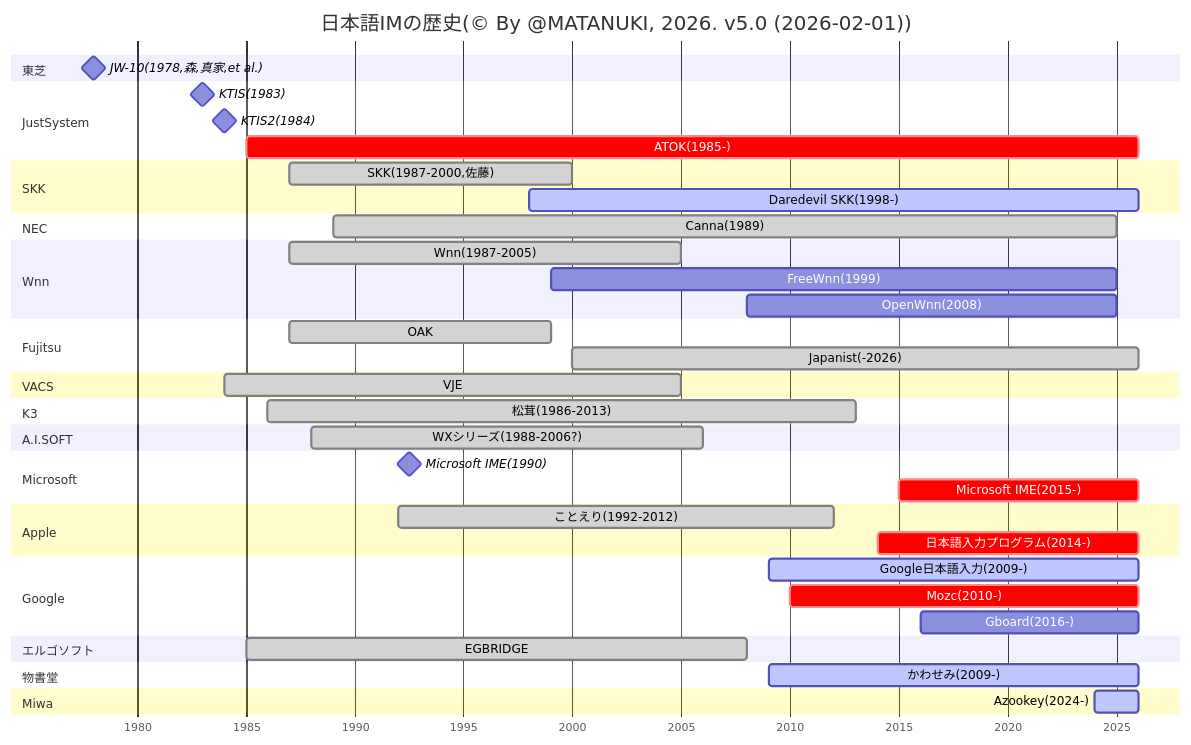
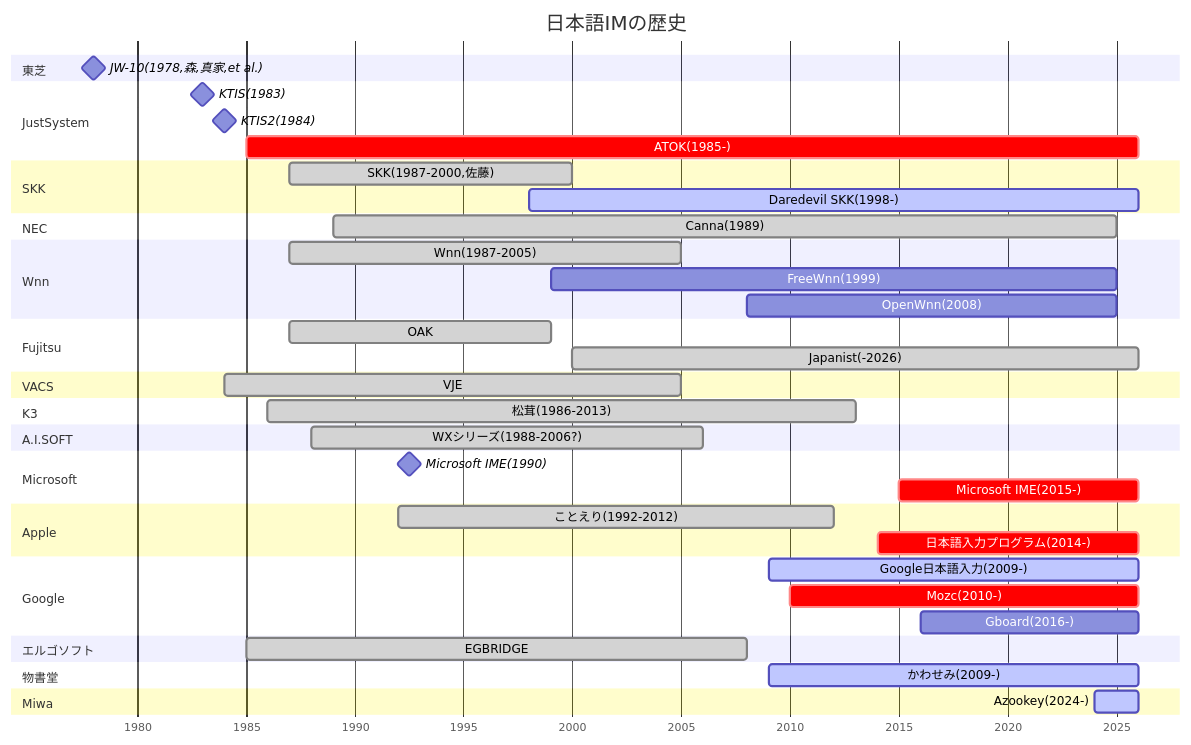
The diagram in v4.mmd (TanukiMa/history_of_Japanese_input_method), drawn with Mermaid before and after one commit.

Commit message:
Changes to be committed: 	modified:   v4.mmd

```diff
--- a/v4.mmd
+++ b/v4.mmd
@@ -1,45 +1,45 @@
 gantt
-    title 日本語IMの歴史(© By @MATANUKI, 2026. v5.0 (2026-02-01))
+    title 日本語IMの歴史
     dateFormat YYYY
     axisFormat %Y
     todayMarker off
     section 東芝
         JW-10(1978,森,真家,et al.):milestone,1978,
     section JustSystem
         KTIS(1983):milestone,1983,
         KTIS2(1984):milestone,1984,
         ATOK(1985-):crit,1985,2026
     section SKK
         SKK(1987-2000,佐藤):done,1987,2000
         Daredevil SKK(1998-):active,1998,2026
     section NEC
         Canna(1989):done,1989,2025
     section Wnn
         Wnn(1987-2005):done,1987,2005
         FreeWnn(1999):1999,2025
         OpenWnn(2008):2008,2025
     section Fujitsu
         OAK:done,1987,1999
         Japanist(-2026):done,2000,2026
     section VACS
         VJE:done,1984,2005
     section K3
         松茸(1986-2013):done,1986,2013
     section A.I.SOFT
         WXシリーズ(1988-2006?):done,1988,2006
     section Microsoft
         Microsoft IME(1990):milestone,1990,1995
         Microsoft IME(2015-):crit,2015,2026
     section Apple
         ことえり(1992-2012):done,1992,2012
         日本語入力プログラム(2014-):crit,2014,2026
     section Google
         Google日本語入力(2009-):active,2009,2026
         Mozc(2010-):crit,2010,2026
         Gboard(2016-):2016,2026
     section エルゴソフト
         EGBRIDGE:done,1985,2008
     section 物書堂
         かわせみ(2009-):active,2009,2026
     section Miwa
         Azookey(2024-):active,2024,2026
```
